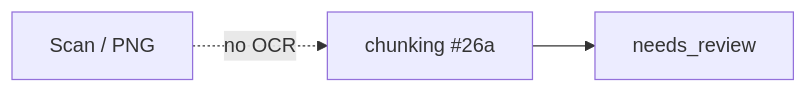
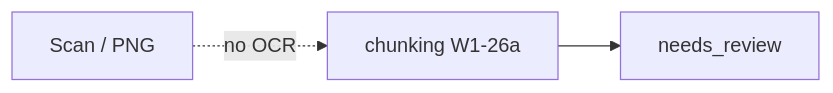
Before and after one commit to Stihotvor/law_by_ai: diagram 13 of 13 in docs/design/wave1-mvp/tickets/search-ocr.md, drawn with Mermaid. The commit also changed other lines of this file and 15 other files, not shown here.

````diff
--- a/docs/design/wave1-mvp/tickets/search-ocr.md
+++ b/docs/design/wave1-mvp/tickets/search-ocr.md
@@ -480,4 +480,4 @@
 ```mermaid
 flowchart LR
-  SC[Scan / PNG] -. no OCR .-> K[chunking #26a] --> R[needs_review]
+  SC[Scan / PNG] -. no OCR .-> K[chunking W1-26a] --> R[needs_review]
 ```
````
